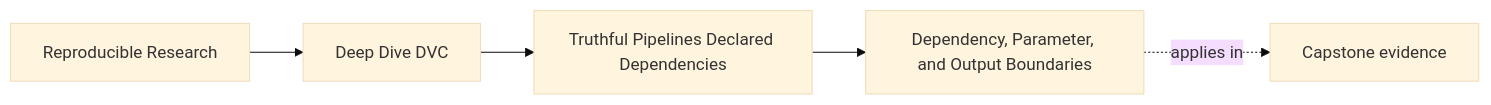
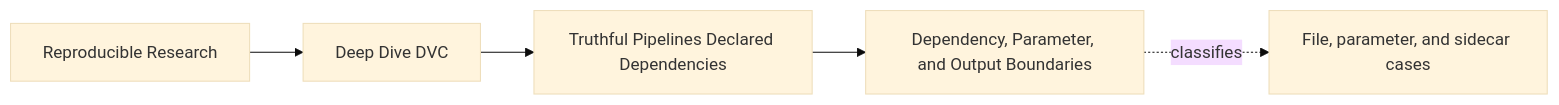
One commit to bijux/bijux-masterclass changed the first of 3 diagrams in programs/reproducible-research/deep-dive-dvc/course-book/module-04-truthful-pipelines-declared-dependencies/dependency-parameter-output-boundaries.md. Above: the diagram before and after it, drawn with Mermaid (base theme). The commit also changed other lines of this file, not shown here.

Commit message:
docs(dvc): classify stage boundaries by consequence

````diff
--- a/programs/reproducible-research/deep-dive-dvc/course-book/module-04-truthful-pipelines-declared-dependencies/dependency-parameter-output-boundaries.md
+++ b/programs/reproducible-research/deep-dive-dvc/course-book/module-04-truthful-pipelines-declared-dependencies/dependency-parameter-output-boundaries.md
@@ -7,11 +6,11 @@
 ```mermaid
 graph LR
   family["Reproducible Research"]
   program["Deep Dive DVC"]
   section["Truthful Pipelines Declared Dependencies"]
   page["Dependency, Parameter, and Output Boundaries"]
-  capstone["Capstone evidence"]
+  capstone["File, parameter, and sidecar cases"]
 
   family --> program --> section --> page
-  page -.applies in.-> capstone
+  page -.classifies.-> capstone
 ```
````
